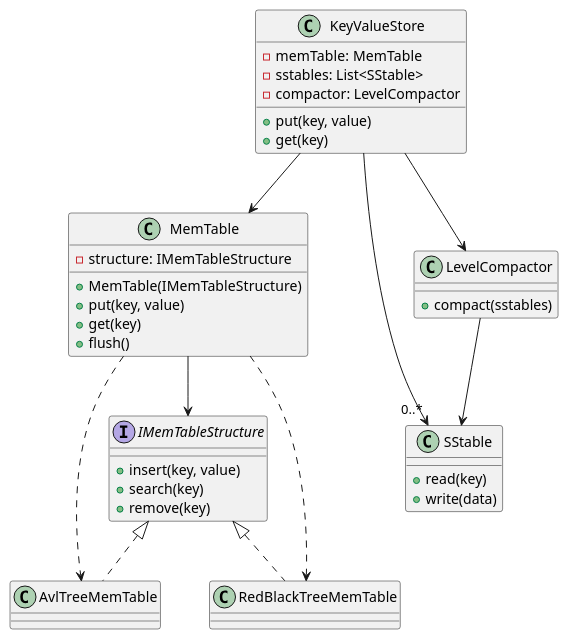
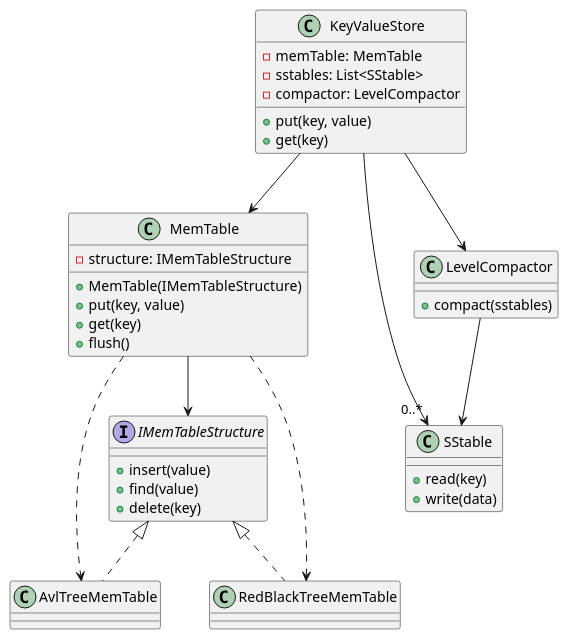
Before and after one commit to zaitsev-av/samuraiDB-incubator: the diagram in db/nodejs/v2/1.puml, drawn with PlantUML. The commit also changed 5 other files, not shown here.

```diff
--- a/db/nodejs/v2/1.puml
+++ b/db/nodejs/v2/1.puml
@@ -1,43 +1,43 @@
 @startuml
 interface IMemTableStructure {
-  +insert(key, value)
-  +search(key)
-  +remove(key)
+  +insert(value)
+  +find(value)
+  +delete(key)
 }
 
 class AvlTreeMemTable implements IMemTableStructure
 class RedBlackTreeMemTable implements IMemTableStructure
 
 class MemTable {
   -structure: IMemTableStructure
   +MemTable(IMemTableStructure)
   +put(key, value)
   +get(key)
   +flush()
 }
 
 class SStable {
   +read(key)
   +write(data)
 }
 
 class LevelCompactor {
   +compact(sstables)
 }
 
 class KeyValueStore {
   -memTable: MemTable
   -sstables: List<SStable>
   -compactor: LevelCompactor
   +put(key, value)
   +get(key)
 }
 
 KeyValueStore --> MemTable
 KeyValueStore --> "0..*" SStable
 KeyValueStore --> LevelCompactor
 MemTable --> IMemTableStructure
 MemTable ..> AvlTreeMemTable
 MemTable ..> RedBlackTreeMemTable
 LevelCompactor --> SStable
 @enduml
```
